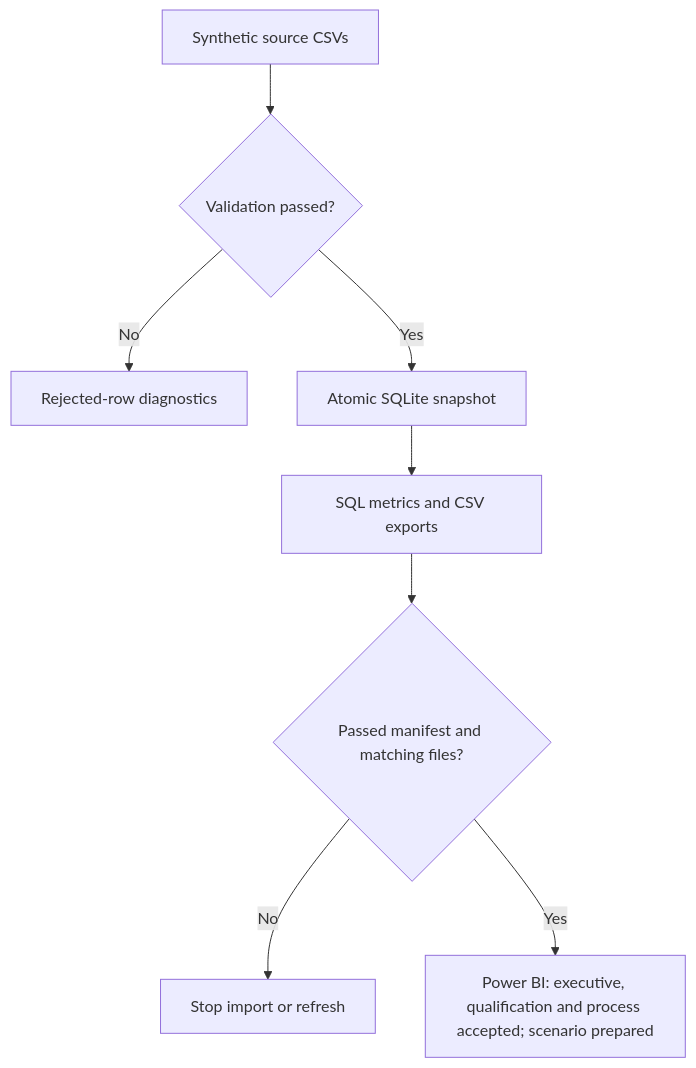
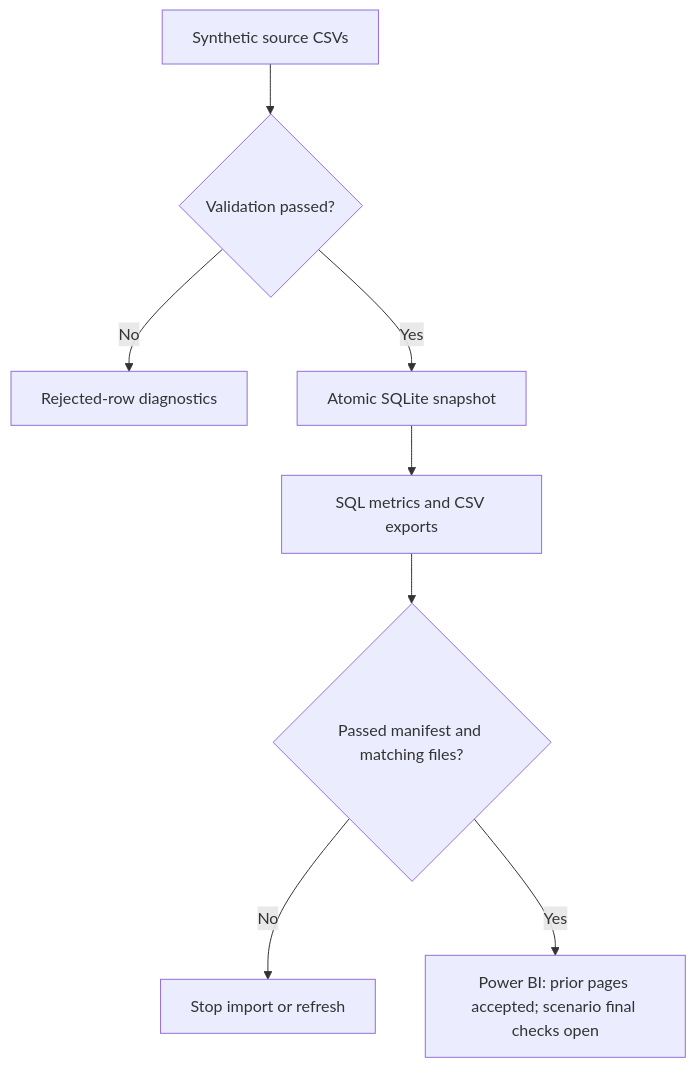
One commit to Tros112/operational-readiness-intelligence changed the diagram in README.md. Above: the diagram before and after it, drawn with Mermaid. The commit also changed other lines of this file and 13 other files, not shown here.

````diff
--- a/README.md
+++ b/README.md
@@ -68,10 +68,10 @@
 ```mermaid
 flowchart TD
     A["Synthetic source CSVs"] --> B{"Validation passed?"}
     B -->|No| C["Rejected-row diagnostics"]
     B -->|Yes| D["Atomic SQLite snapshot"]
     D --> E["SQL metrics and CSV exports"]
     E --> F{"Passed manifest and matching files?"}
     F -->|No| G["Stop import or refresh"]
-    F -->|Yes| H["Power BI: executive, qualification and process accepted; scenario prepared"]
+    F -->|Yes| H["Power BI: prior pages accepted; scenario final checks open"]
 ```
````
